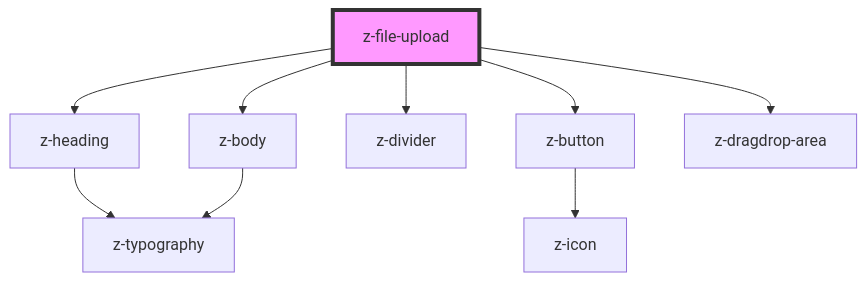
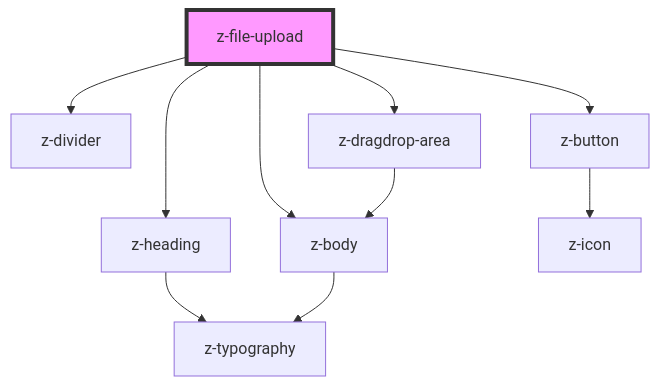
One commit to ZanichelliEditore/design-system changed the diagram in src/components/z-file-upload/readme.md. Above: the diagram before and after it, drawn with Mermaid. The commit also changed 8 other files, not shown here.

````diff
--- a/src/components/z-file-upload/readme.md
+++ b/src/components/z-file-upload/readme.md
@@ -35,12 +35,13 @@
 ```mermaid
 graph TD;
   z-file-upload --> z-heading
   z-file-upload --> z-body
   z-file-upload --> z-divider
   z-file-upload --> z-button
   z-file-upload --> z-dragdrop-area
   z-heading --> z-typography
   z-body --> z-typography
   z-button --> z-icon
+  z-dragdrop-area --> z-body
   style z-file-upload fill:#f9f,stroke:#333,stroke-width:4px
 ```
````
